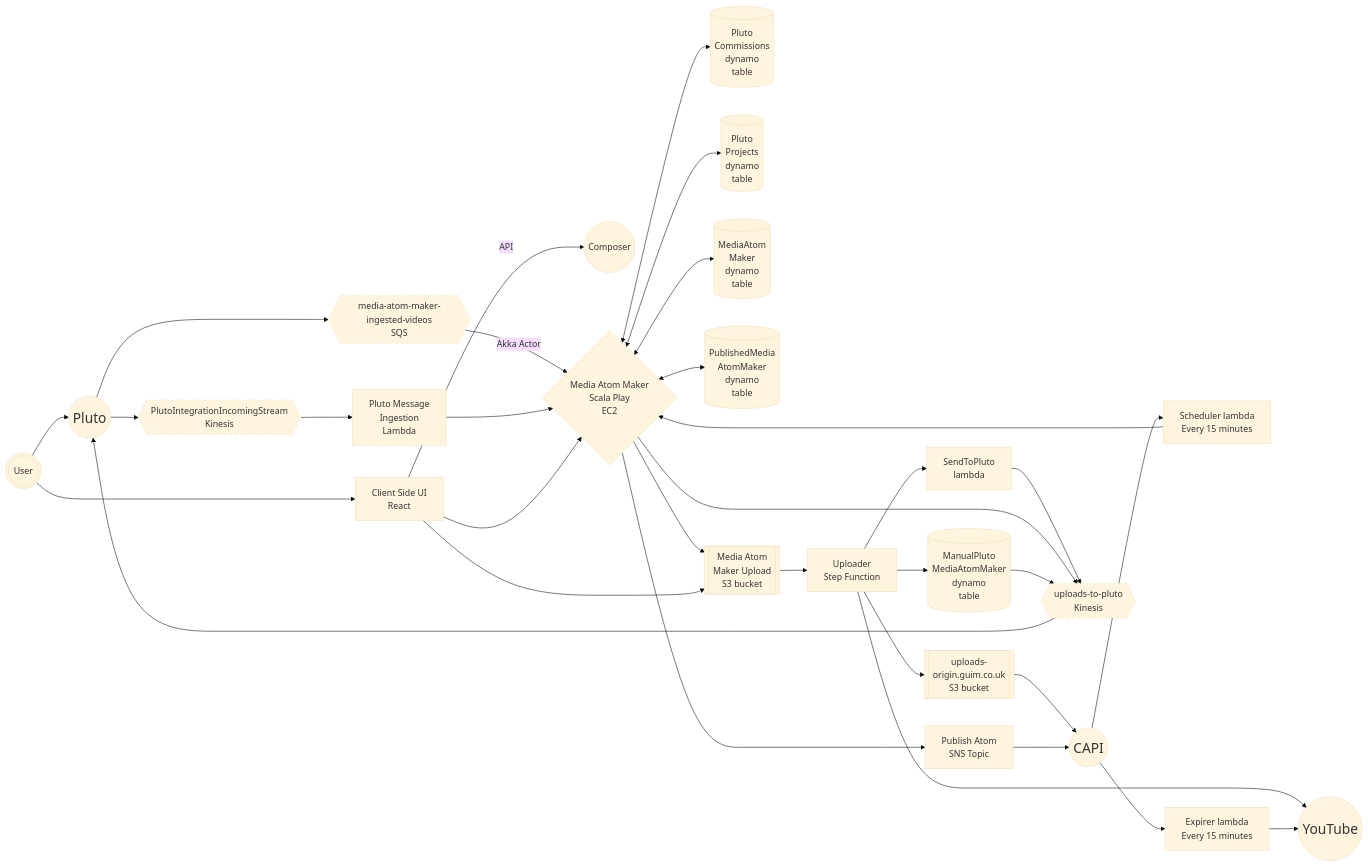
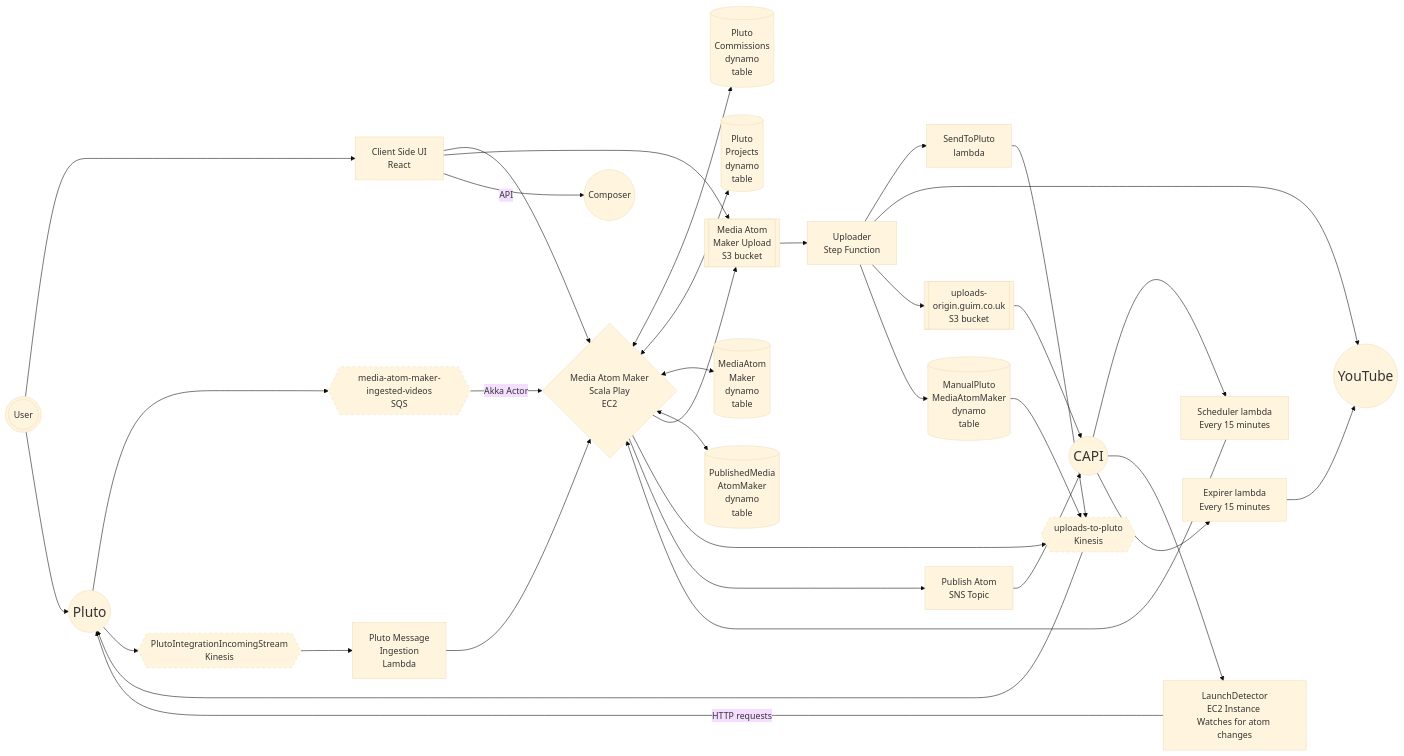
One commit to guardian/media-atom-maker changed the diagram in docs/10-architecture.md. Above: the diagram before and after it, drawn with Mermaid (base theme). The commit also changed other lines of this file, not shown here.

Commit message:
Adds CAPI LaunchDetector to architecture diagram

````diff
--- a/docs/10-architecture.md
+++ b/docs/10-architecture.md
@@ -5,48 +5,50 @@
 ```mermaid
 graph LR
     Pluto((Pluto)):::External
     YouTube((YouTube)):::External
     CAPI((CAPI)):::External
     Composer((Composer))
     uploads-to-pluto{{uploads-to-pluto<br/>Kinesis}}:::Stream
     media-atom-maker-ingested-videos{{media-atom-maker-ingested-videos<br/>SQS}}:::Stream
     PlutoIntegrationIncomingStream{{PlutoIntegrationIncomingStream<br/>Kinesis}}:::Stream
     uploads-to-pluto --> Pluto
     Pluto --> media-atom-maker-ingested-videos
     Pluto --> PlutoIntegrationIncomingStream
     SendToPluto[SendToPluto<br/>lambda] --> uploads-to-pluto
     media-atom-maker-ingested-videos -->|Akka Actor| MediaAtomMaker{Media Atom Maker<br/>Scala Play<br/>EC2}
     PlutoIntegrationIncomingStream --> PlutoMessage[Pluto Message<br/>Ingestion<br/>Lambda]
     PlutoMessage --> MediaAtomMaker
     MediaAtomMaker <--> PlutoCommissions[(Pluto<br/>Commissions<br/>dynamo<br/>table)]
     MediaAtomMaker <--> PlutoProjects[(Pluto<br/>Projects<br/>dynamo<br/>table)]
     MediaAtomMaker <--> MediaAtomMakerProd[(MediaAtom<br/>Maker<br/>dynamo<br/>table)]
     MediaAtomMaker <--> PublishedMedia[(PublishedMedia<br/>AtomMaker<br/>dynamo<br/>table)]
     MediaAtomMaker --> MediaAtomMakerUpload[[Media Atom<br/>Maker Upload<br/>S3 bucket]]
     MediaAtomMaker --> uploads-to-pluto
     User(((User)))
     User --> ClientSide
     User --> Pluto
     ClientSide[Client Side UI<br/>React<br/>]
     ClientSide --> MediaAtomMaker
     ClientSide --> MediaAtomMakerUpload
     ClientSide -->|API| Composer
     MediaAtomMakerUpload --> Uploader
     Uploader[Uploader<br/>Step Function]
     Uploader --> SendToPluto
     Uploader --> YouTube
     Uploader --> UploadsOrigin[[uploads-<br/>origin.guim.co.uk<br/>S3 bucket]]
     Uploader --> ManualPluto[(ManualPluto<br/>MediaAtomMaker<br/>dynamo<br/>table)]
     ManualPluto --> uploads-to-pluto
     UploadsOrigin --> CAPI
     MediaAtomMaker --> PublishAtom[Publish Atom<br/>SNS Topic]
     Scheduler[Scheduler lambda<br/>Every 15 minutes]
     Scheduler --> MediaAtomMaker
     CAPI --> Scheduler
+    CAPI --> LaunchDetector[LaunchDetector<br/>EC2 Instance <br/>Watches for atom changes]
+    LaunchDetector -->|HTTP requests| Pluto
     PublishAtom --> CAPI
     Expirer[Expirer lambda<br/>Every 15 minutes]
     CAPI --> Expirer
     Expirer --> YouTube
     classDef External padding: 50px, width: 200px, font-size: 25px
     classDef Stream stroke-dasharray: 5 5
 ```
````
